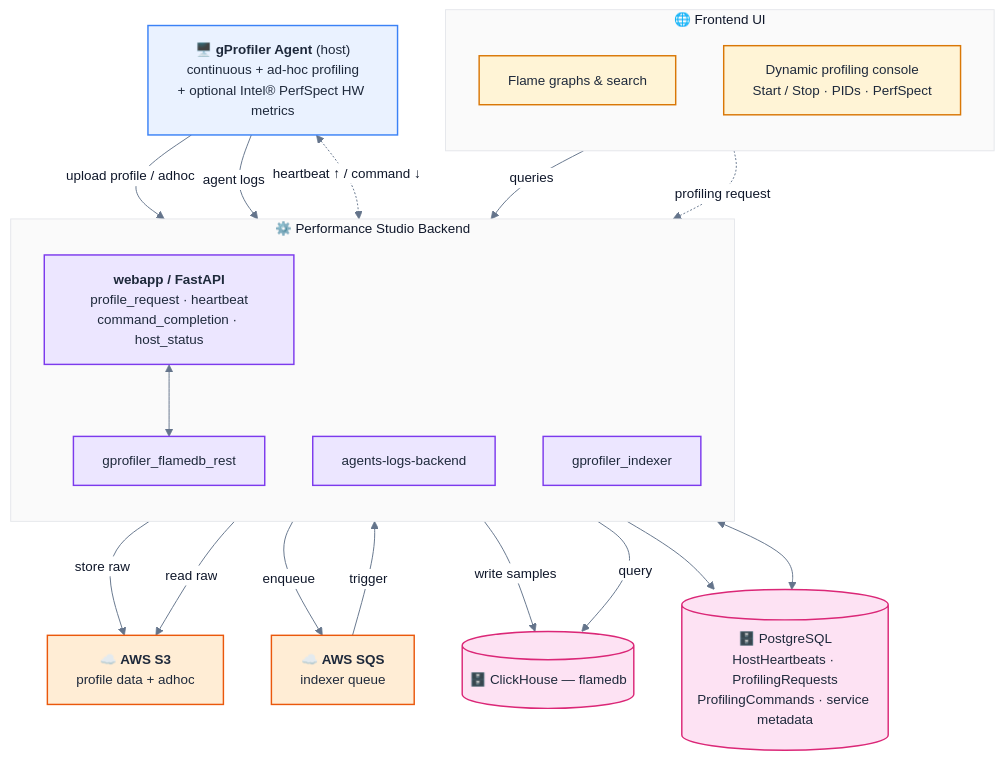
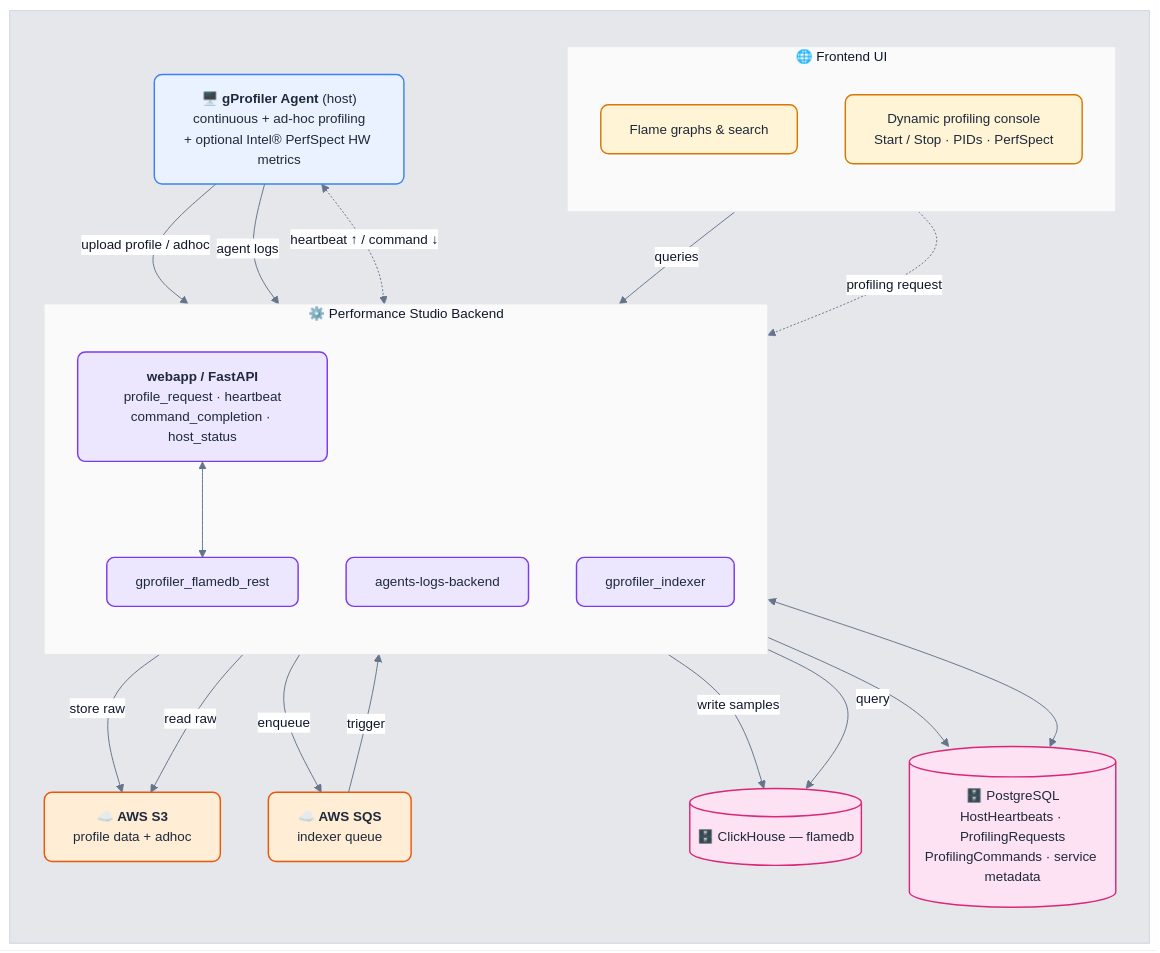
Before and after one commit to intel/gprofiler-performance-studio: the diagram in README.md, drawn with Mermaid. The commit also changed other lines of this file, not shown here.

Commit message:
docs: render grey canvas + rounded corners on GitHub via outer subgraph and rx/ry

````diff
--- a/README.md
+++ b/README.md
@@ -51,63 +54,66 @@
 ```mermaid
 %%{init: {
   'theme': 'base',
   'themeVariables': {
-    'background': '#e5e7eb',
     'primaryColor': '#ffffff',
     'primaryBorderColor': '#cbd5e1',
     'primaryTextColor': '#0f172a',
     'lineColor': '#64748b',
     'fontFamily': 'Inter, ui-sans-serif, system-ui, sans-serif',
-    'fontSize': '14px',
-    'borderRadius': '8px'
+    'fontSize': '14px'
   }
 }}%%
 flowchart TB
-    classDef agent fill:#eaf2ff,stroke:#3b82f6,stroke-width:1.5px,color:#1e293b
-    classDef ui    fill:#fff4d6,stroke:#d97706,stroke-width:1.5px,color:#1e293b
-    classDef be    fill:#ece6ff,stroke:#7c3aed,stroke-width:1.5px,color:#1e293b
-    classDef store fill:#fde2f3,stroke:#db2777,stroke-width:1.5px,color:#1e293b
-    classDef aws   fill:#ffedd5,stroke:#ea580c,stroke-width:1.5px,color:#1e293b
+    classDef agent fill:#eaf2ff,stroke:#3b82f6,stroke-width:1.5px,color:#1e293b,rx:8,ry:8
+    classDef ui    fill:#fff4d6,stroke:#d97706,stroke-width:1.5px,color:#1e293b,rx:8,ry:8
+    classDef be    fill:#ece6ff,stroke:#7c3aed,stroke-width:1.5px,color:#1e293b,rx:8,ry:8
+    classDef store fill:#fde2f3,stroke:#db2777,stroke-width:1.5px,color:#1e293b,rx:8,ry:8
+    classDef aws   fill:#ffedd5,stroke:#ea580c,stroke-width:1.5px,color:#1e293b,rx:8,ry:8
 
-    AGENT["🖥️ <b>gProfiler Agent</b> (host)<br/>continuous + ad-hoc profiling<br/>+ optional Intel® PerfSpect HW metrics"]:::agent
+    subgraph CANVAS[" "]
+      direction TB
 
-    subgraph UIBOX["🌐 Frontend UI"]
-      direction TB
-      FG["Flame graphs &amp; search"]:::ui
-      CTRL["Dynamic profiling console<br/>Start / Stop · PIDs · PerfSpect"]:::ui
+      AGENT["🖥️ <b>gProfiler Agent</b> (host)<br/>continuous + ad-hoc profiling<br/>+ optional Intel® PerfSpect HW metrics"]:::agent
+
+      subgraph UIBOX["🌐 Frontend UI"]
+        direction TB
+        FG["Flame graphs &amp; search"]:::ui
+        CTRL["Dynamic profiling console<br/>Start / Stop · PIDs · PerfSpect"]:::ui
+      end
+
+      subgraph BEBOX["⚙️ Performance Studio Backend"]
+        direction TB
+        WEBAPP["<b>webapp / FastAPI</b><br/>profile_request · heartbeat<br/>command_completion · host_status"]:::be
+        LOGSVC["agents-logs-backend"]:::be
+        IDX["gprofiler_indexer"]:::be
+        REST["gprofiler_flamedb_rest"]:::be
+      end
+
+      PG[("🗄️ PostgreSQL<br/>HostHeartbeats · ProfilingRequests<br/>ProfilingCommands · service metadata")]:::store
+      CH[("🗄️ ClickHouse — flamedb")]:::store
+      S3["☁️ <b>AWS S3</b><br/>profile data + adhoc"]:::aws
+      SQS["☁️ <b>AWS SQS</b><br/>indexer queue"]:::aws
     end
 
-    subgraph BEBOX["⚙️ Performance Studio Backend"]
-      direction TB
-      WEBAPP["<b>webapp / FastAPI</b><br/>profile_request · heartbeat<br/>command_completion · host_status"]:::be
-      LOGSVC["agents-logs-backend"]:::be
-      IDX["gprofiler_indexer"]:::be
-      REST["gprofiler_flamedb_rest"]:::be
-    end
-
-    PG[("🗄️ PostgreSQL<br/>HostHeartbeats · ProfilingRequests<br/>ProfilingCommands · service metadata")]:::store
-    CH[("🗄️ ClickHouse — flamedb")]:::store
-    S3["☁️ <b>AWS S3</b><br/>profile data + adhoc"]:::aws
-    SQS["☁️ <b>AWS SQS</b><br/>indexer queue"]:::aws
-
-    style UIBOX fill:#fafafa,stroke:#e5e7eb,stroke-width:1px,color:#0f172a
-    style BEBOX fill:#fafafa,stroke:#e5e7eb,stroke-width:1px,color:#0f172a
+    style CANVAS fill:#e5e7eb,stroke:#cbd5e1,stroke-width:1px,color:#0f172a
+    style UIBOX  fill:#fafafa,stroke:#e5e7eb,stroke-width:1px,color:#0f172a
+    style BEBOX  fill:#fafafa,stroke:#e5e7eb,stroke-width:1px,color:#0f172a
 
     %% --- data plane (solid) ---
     AGENT -- "upload profile / adhoc" --> WEBAPP
     WEBAPP -- "store raw" --> S3
     WEBAPP -- "enqueue" --> SQS
     SQS -- "trigger" --> IDX
     IDX -- "read raw" --> S3
     IDX -- "write samples" --> CH
     WEBAPP <--> REST
     REST -- "query" --> CH
     AGENT -- "agent logs" --> LOGSVC
     LOGSVC --> PG
     WEBAPP <--> PG
     FG -- "queries" --> WEBAPP
 
     %% --- control plane (dashed) ---
     AGENT <-. "heartbeat ↑ / command ↓" .-> WEBAPP
     CTRL -. "profiling request" .-> WEBAPP
 ```
````
